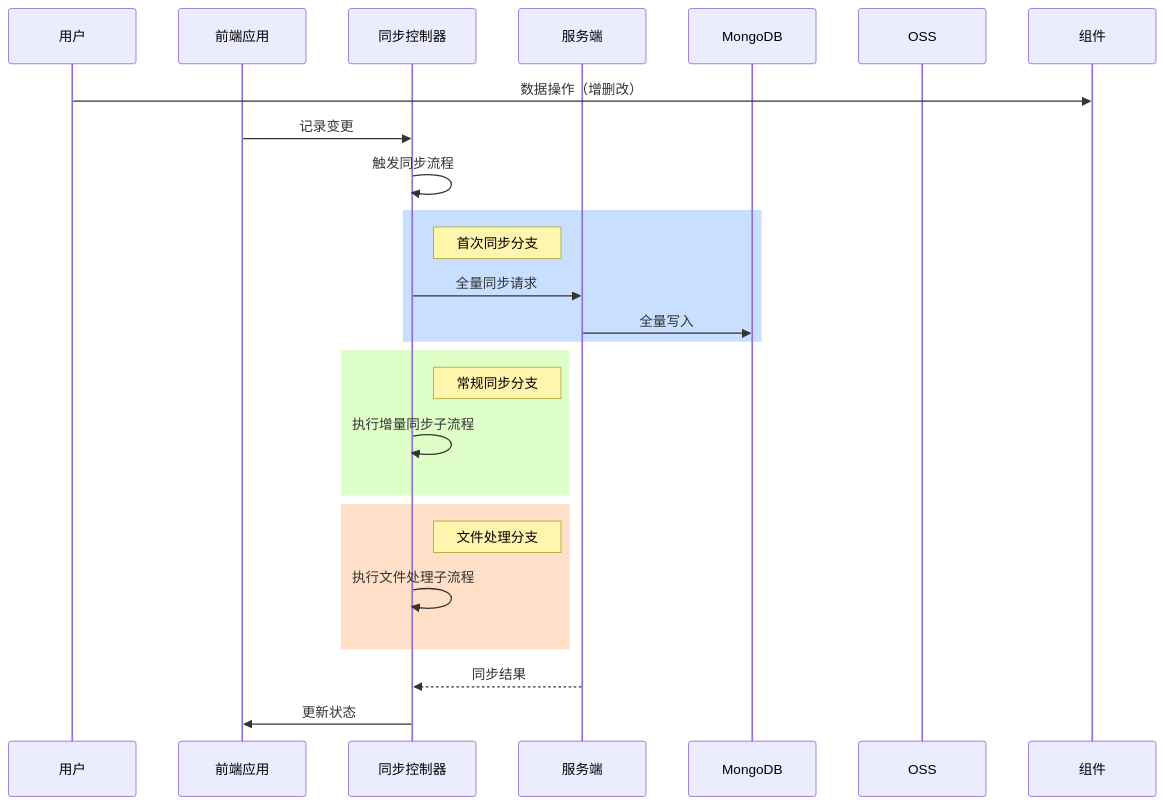
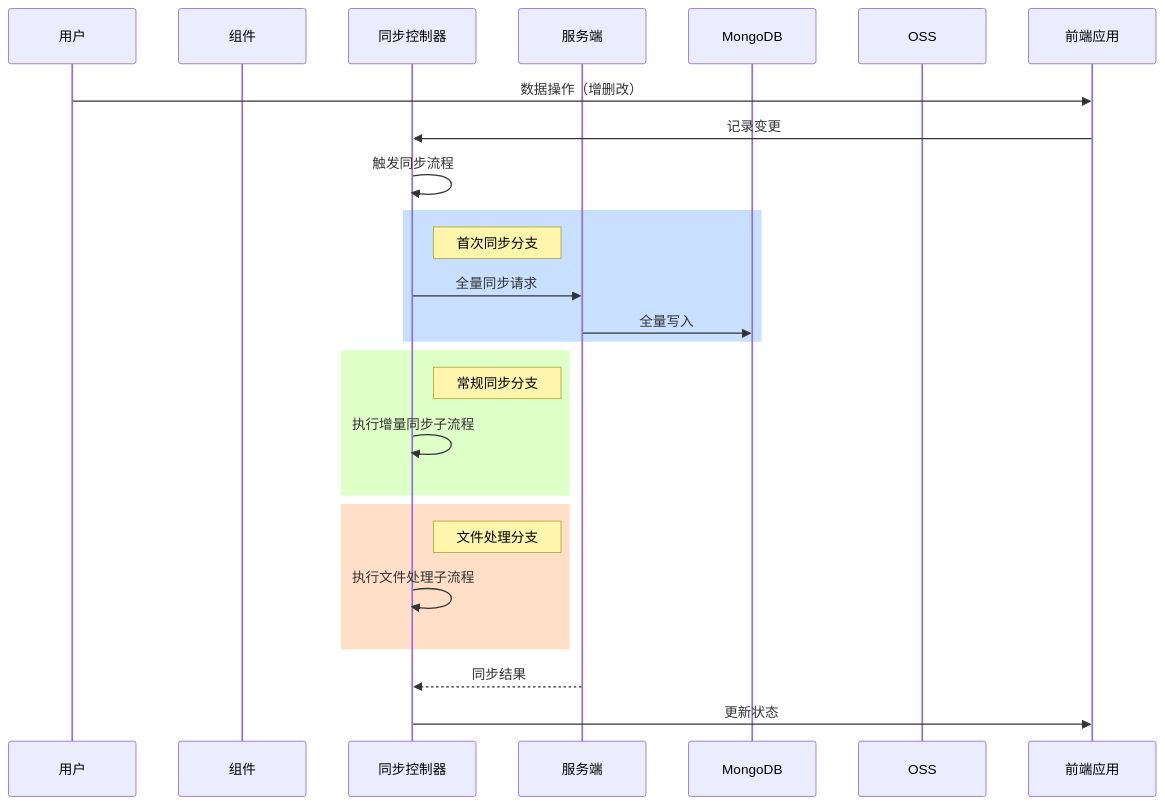
The diagram in all/未命名-24.md (yingjianzh/iodraw-files), drawn with Mermaid before and after one commit.

Commit message:
2025-02-21 18:20:40 update

````diff
--- a/all/未命名-24.md
+++ b/all/未命名-24.md
@@ -1,32 +1,32 @@
 ```mermaid
 sequenceDiagram
     participant 用户
-    participant 前端应用
+    participant 组件
     participant 同步控制器
     participant 服务端
     participant MongoDB
     participant OSS
 
-    用户->>组件: 数据操作（增删改）
+    用户->>前端应用: 数据操作（增删改）
     前端应用->>同步控制器: 记录变更
     同步控制器->>同步控制器: 触发同步流程
     
     rect rgb(200,223,255)
     Note right of 同步控制器: 首次同步分支
     同步控制器->>服务端: 全量同步请求
     服务端->>MongoDB: 全量写入
     end
 
     rect rgb(223,255,200)
     Note right of 同步控制器: 常规同步分支
     同步控制器->>同步控制器: 执行增量同步子流程
     end
 
     rect rgb(255,223,200)
     Note right of 同步控制器: 文件处理分支
     同步控制器->>同步控制器: 执行文件处理子流程
     end
 
     服务端-->>同步控制器: 同步结果
     同步控制器->>前端应用: 更新状态
 ```
````
